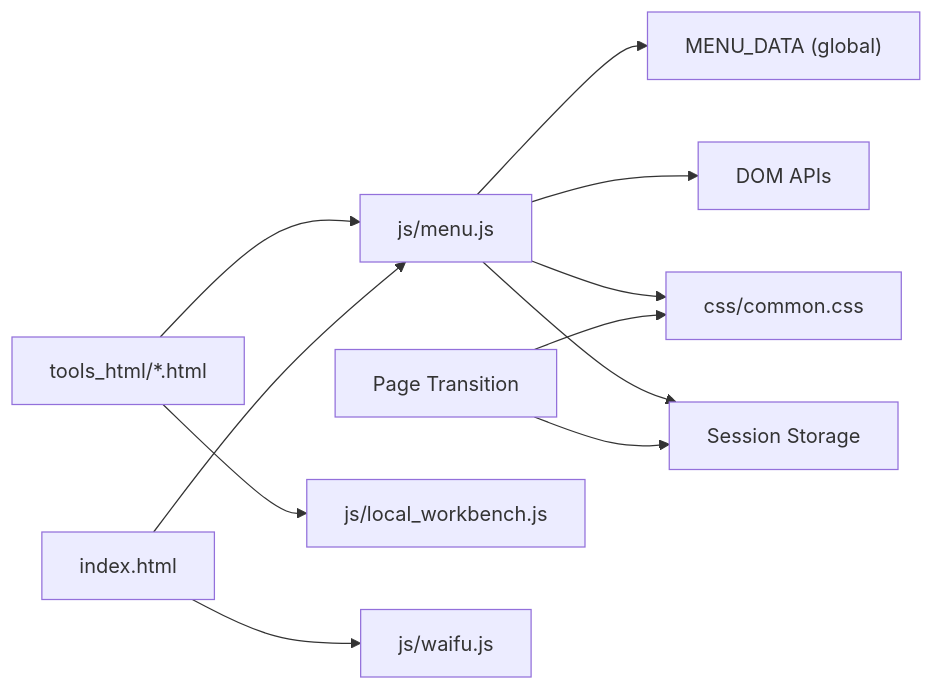
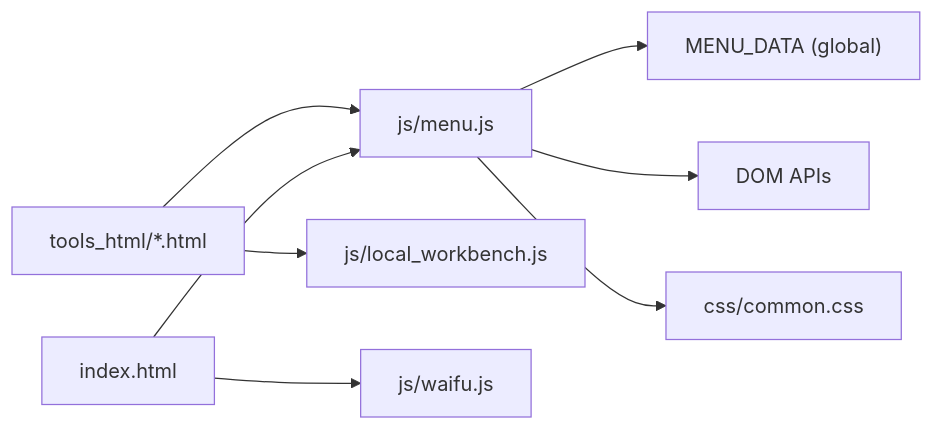
Before and after one commit to treasureGrove/TAWEBTOOL: the third of 3 diagrams in .qoder/repowiki/en/content/Core Navigation System.md, drawn with Mermaid. The commit also changed other lines of this file and 101 other files, not shown here.

````diff
--- a/.qoder/repowiki/en/content/Core Navigation System.md
+++ b/.qoder/repowiki/en/content/Core Navigation System.md
@@ -433,13 +304,10 @@
 ```mermaid
 graph LR
 MJ["js/menu.js"] --> MD["MENU_DATA (global)"]
 MJ --> DOM["DOM APIs"]
 MJ --> CC["css/common.css"]
-MJ --> SS["Session Storage"]
-PT["Page Transition"] --> CC
-PT --> SS
 TH["tools_html/*.html"] --> MJ
 TH --> LWB["js/local_workbench.js"]
 IDX["index.html"] --> MJ
 IDX --> WJ["js/waifu.js"]
 ```
````
